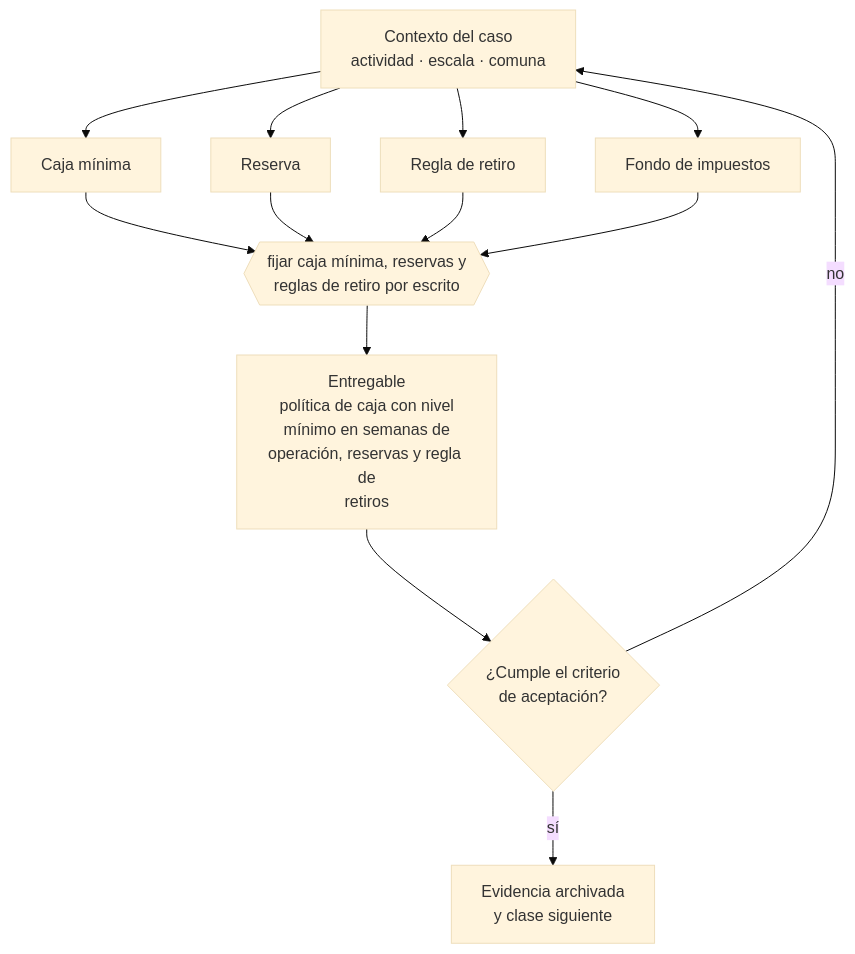
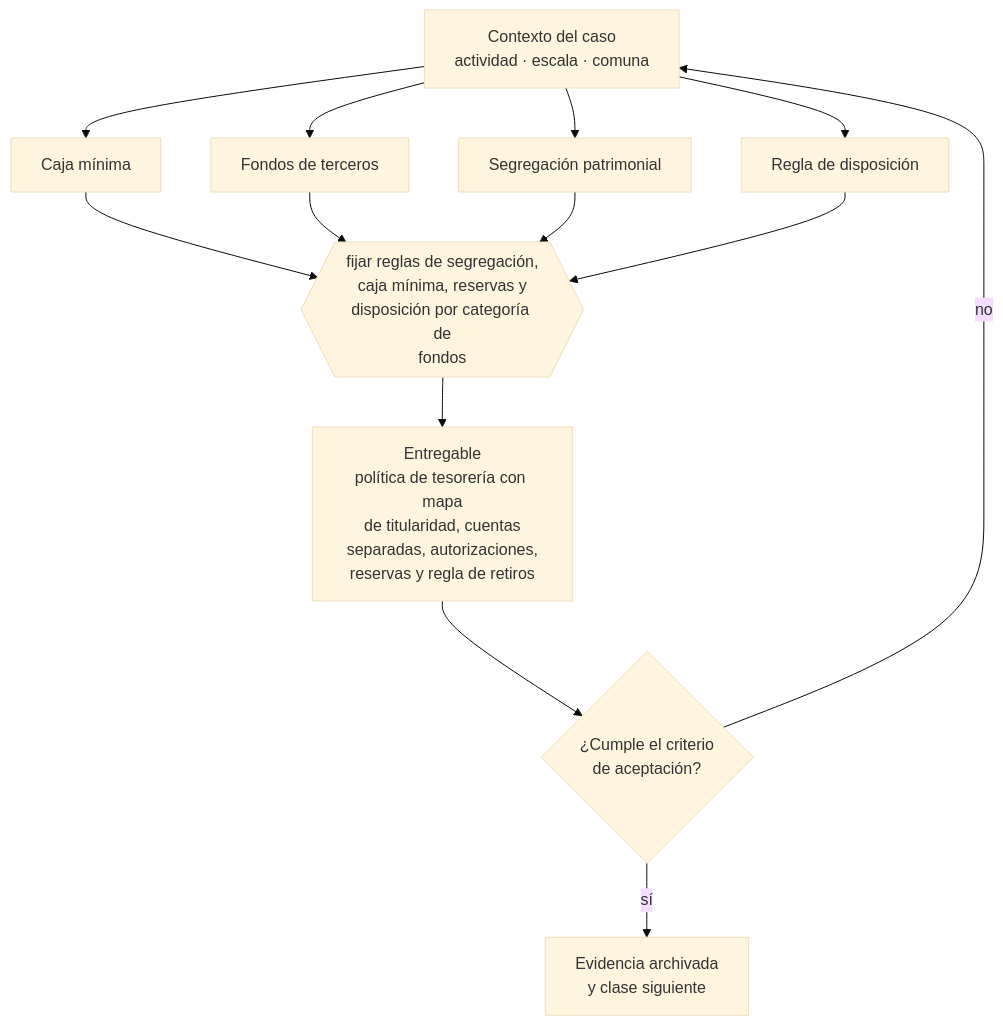
Before and after one commit to vladimiracunadev-create/modern-business-creation-program: the diagram in curriculum/part-09-finanzas-caja-precios-y-economia-unitaria/class-14-reglas-de-caja-y-reservas/README.md, drawn with Mermaid (base theme). The commit also changed other lines of this file and 32 other files, not shown here.

````diff
--- a/curriculum/part-09-finanzas-caja-precios-y-economia-unitaria/class-14-reglas-de-caja-y-reservas/README.md
+++ b/curriculum/part-09-finanzas-caja-precios-y-economia-unitaria/class-14-reglas-de-caja-y-reservas/README.md
@@ -34,13 +34,13 @@
 ```mermaid
 flowchart TB
     C["Contexto del caso<br/>actividad · escala · comuna"]
     C --> A1["Caja mínima"]
-    C --> A2["Reserva"]
-    C --> A3["Regla de retiro"]
-    C --> A4["Fondo de impuestos"]
-    A1 & A2 & A3 & A4 --> D{{"fijar caja mínima, reservas y<br/>reglas de retiro por escrito"}}
-    D --> E["Entregable<br/>política de caja con nivel<br/>mínimo en semanas de<br/>operación, reservas y regla de<br/>retiros"]
+    C --> A2["Fondos de terceros"]
+    C --> A3["Segregación patrimonial"]
+    C --> A4["Regla de disposición"]
+    A1 & A2 & A3 & A4 --> D{{"fijar reglas de segregación,<br/>caja mínima, reservas y<br/>disposición por categoría de<br/>fondos"}}
+    D --> E["Entregable<br/>política de tesorería con mapa<br/>de titularidad, cuentas<br/>separadas, autorizaciones,<br/>reservas y regla de retiros"]
     E --> V{"¿Cumple el criterio<br/>de aceptación?"}
     V -->|sí| S["Evidencia archivada<br/>y clase siguiente"]
     V -->|no| C
 ```
````
